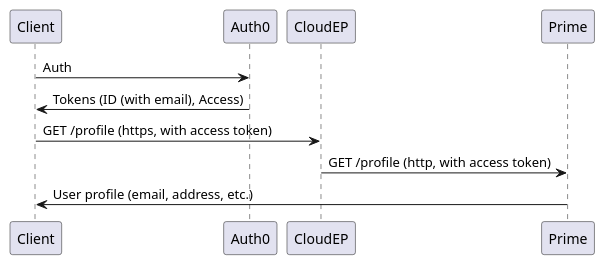
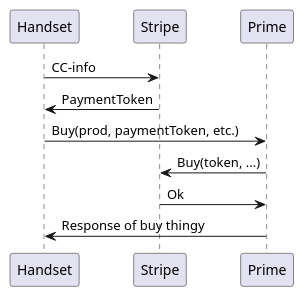
Before and after one commit to ostelco/ostelco-core: the diagram in payment-processor/doc/puml/signin-flow.puml, drawn with PlantUML. The commit also changed 1 other file, not shown here.

Commit message:
Put in the placeholder diagram, not correct, but something that can be corrected.

```diff
--- a/payment-processor/doc/puml/signin-flow.puml
+++ b/payment-processor/doc/puml/signin-flow.puml
@@ -1,9 +1,10 @@
 @startuml
 
-Client -> Auth0 : Auth
-Auth0 -> Client: Tokens (ID (with email), Access)
-Client -> CloudEP: GET /profile (https, with access token)
-CloudEP -> Prime: GET /profile (http, with access token)
-Prime -> Client: User profile (email, address, etc.)
+Handset -> Stripe : CC-info
+Stripe -> Handset: PaymentToken
+Handset -> Prime: Buy(prod, paymentToken, etc.)
+Prime -> Stripe: Buy(token, ...)
+Stripe -> Prime: Ok
+Prime -> Handset: Response of buy thingy
 
 @enduml
```
